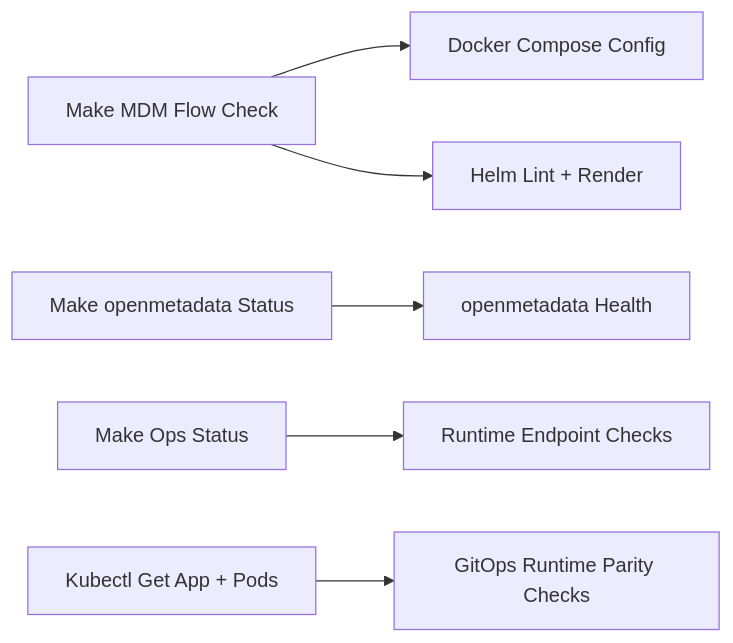
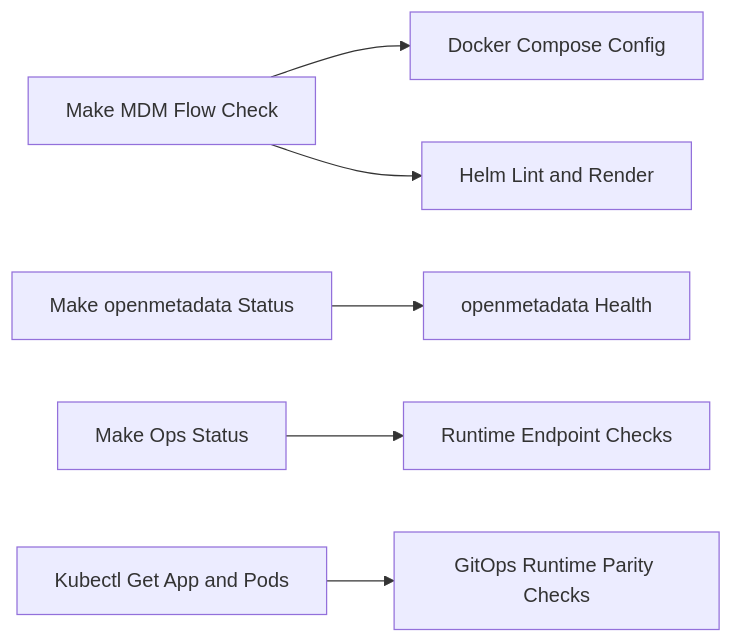
The ninth of 9 diagrams in docs/architecture.md (paulchen8206/Full-Stack-Modern-Data-Architecture-and-Engineering), drawn with Mermaid before and after one commit. The commit also changed other lines of this file, not shown here.

````diff
--- a/docs/architecture.md
+++ b/docs/architecture.md
@@ -890,8 +890,8 @@
 ```mermaid
 flowchart LR
   A[Make MDM Flow Check] --> B[Docker Compose Config]
-  A --> C[Helm Lint + Render]
+  A --> C[Helm Lint and Render]
   D[Make openmetadata Status] --> E[openmetadata Health]
   F[Make Ops Status] --> G[Runtime Endpoint Checks]
-  H[Kubectl Get App + Pods] --> I[GitOps Runtime Parity Checks]
+  H[Kubectl Get App and Pods] --> I[GitOps Runtime Parity Checks]
 ```
````
